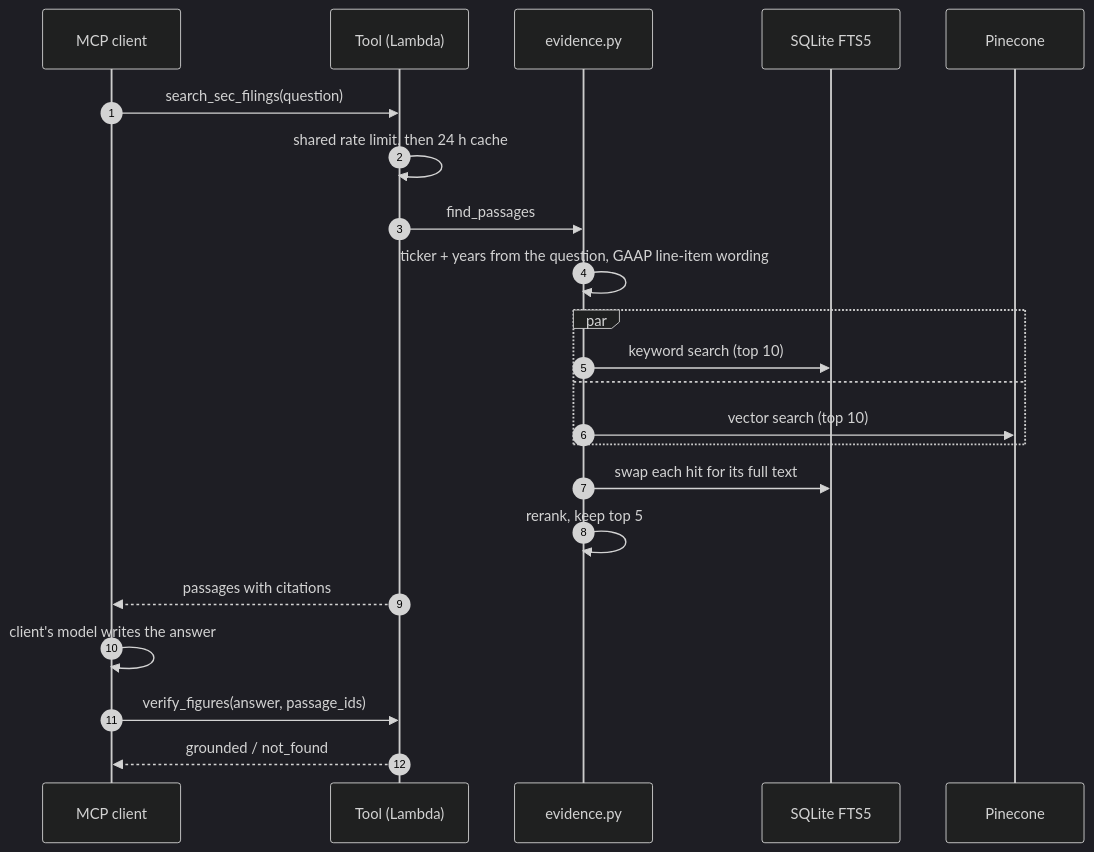
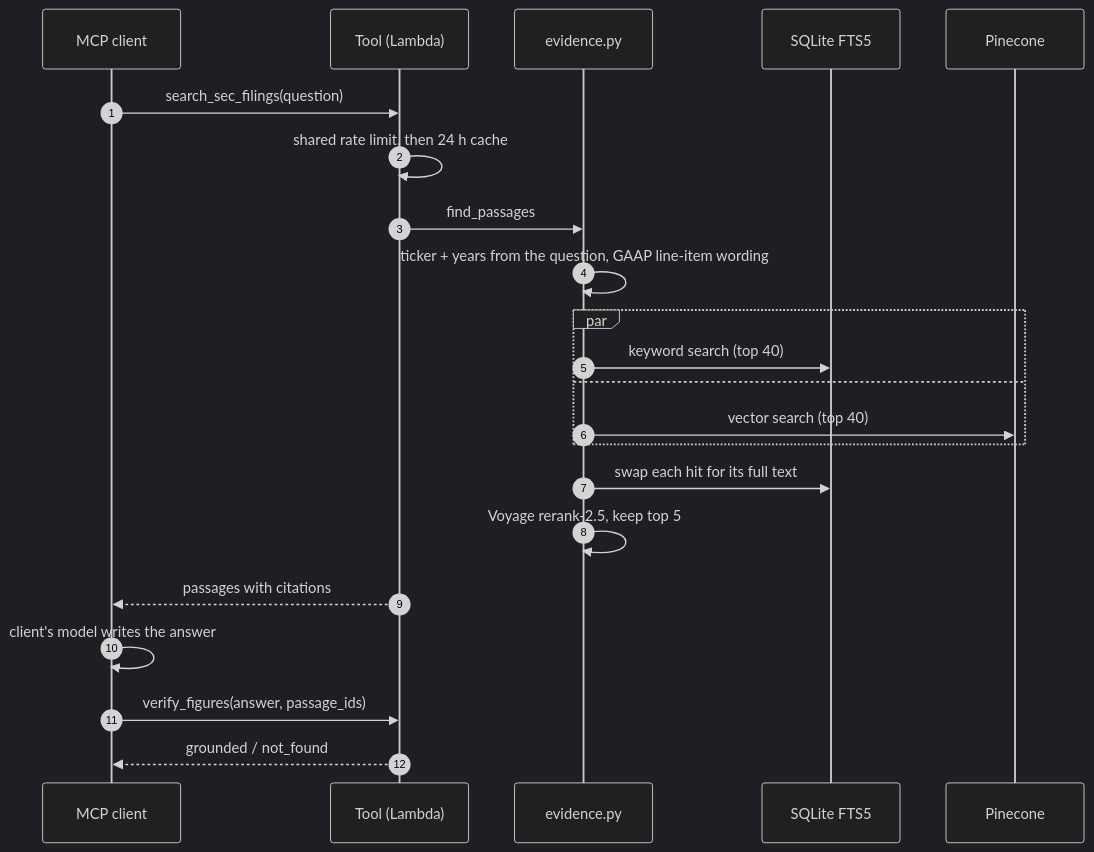
The diagram in README.md (karthikreddyyalala/FinRAG), drawn with Mermaid (dark theme) before and after one commit. The commit also changed other lines of this file and 4 other files, not shown here.

Commit message:
Site, README and walkthrough show the Voyage reranker and its measured before/after, including the lower figure-check rate

````diff
--- a/README.md
+++ b/README.md
@@ -49,25 +49,25 @@
 ```mermaid
 sequenceDiagram
     autonumber
     participant C as MCP client
     participant T as Tool (Lambda)
     participant E as evidence.py
     participant BM as SQLite FTS5
     participant PC as Pinecone
 
     C->>T: search_sec_filings(question)
     T->>T: shared rate limit, then 24 h cache
     T->>E: find_passages
     E->>E: ticker + years from the question, GAAP line-item wording
     par
-        E->>BM: keyword search (top 10)
+        E->>BM: keyword search (top 40)
     and
-        E->>PC: vector search (top 10)
+        E->>PC: vector search (top 40)
     end
     E->>BM: swap each hit for its full text
-    E->>E: rerank, keep top 5
+    E->>E: Voyage rerank-2.5, keep top 5
     T-->>C: passages with citations
     C->>C: client's model writes the answer
     C->>T: verify_figures(answer, passage_ids)
     T-->>C: grounded / not_found
 ```
````
